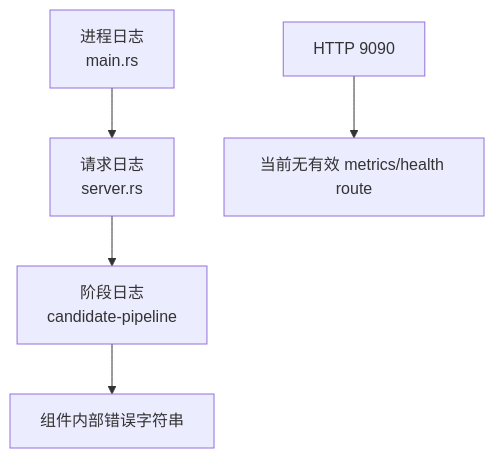
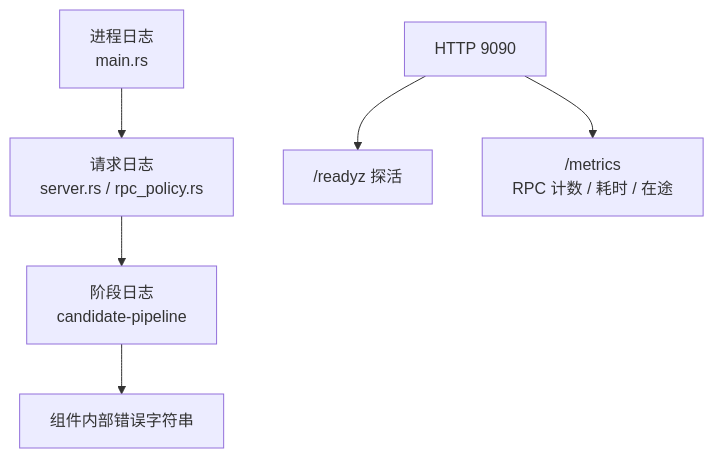
The first of 2 diagrams in docs/home-mixer/09-debugging-and-observability.md (freefcw/x-algorithm), drawn with Mermaid before and after one commit. The commit also changed other lines of this file and 7 other files, not shown here.

````diff
--- a/docs/home-mixer/09-debugging-and-observability.md
+++ b/docs/home-mixer/09-debugging-and-observability.md
@@ -77,8 +86,9 @@
 ```mermaid
 flowchart TD
-    A["进程日志<br/>main.rs"] --> B["请求日志<br/>server.rs"]
+    A["进程日志<br/>main.rs"] --> B["请求日志<br/>server.rs / rpc_policy.rs"]
     B --> C["阶段日志<br/>candidate-pipeline"]
     C --> D["组件内部错误字符串"]
 
-    E["HTTP 9090"] --> F["当前无有效 metrics/health route"]
+    E["HTTP 9090"] --> F["/readyz 探活"]
+    E --> G["/metrics<br/>RPC 计数 / 耗时 / 在途"]
 ```
````
